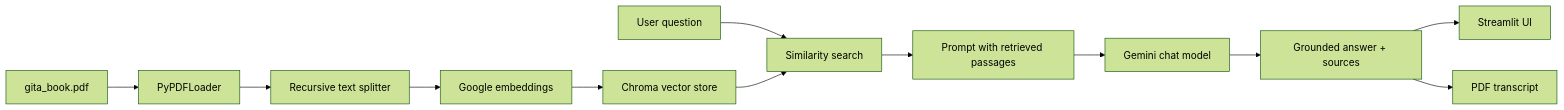
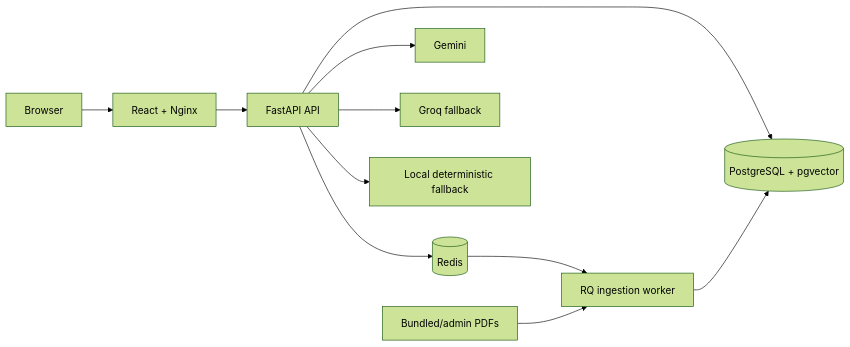
One commit to Anishhar03/gitagpt changed the diagram in README.md. Above: the diagram before and after it, drawn with Mermaid (forest theme). The commit also changed other lines of this file and 71 other files, not shown here.

````diff
--- a/README.md
+++ b/README.md
@@ -25,14 +23,13 @@
 ```mermaid
 flowchart LR
-    A["gita_book.pdf"] --> B["PyPDFLoader"]
-    B --> C["Recursive text splitter"]
-    C --> D["Google embeddings"]
-    D --> E["Chroma vector store"]
-    F["User question"] --> G["Similarity search"]
-    E --> G
-    G --> H["Prompt with retrieved passages"]
-    H --> I["Gemini chat model"]
-    I --> J["Grounded answer + sources"]
-    J --> K["Streamlit UI"]
-    J --> L["PDF transcript"]
+    U["Browser"] --> W["React + Nginx"]
+    W --> A["FastAPI API"]
+    A --> P[("PostgreSQL + pgvector")]
+    A --> R[("Redis")]
+    R --> Q["RQ ingestion worker"]
+    Q --> P
+    A --> G["Gemini"]
+    A --> X["Groq fallback"]
+    A --> L["Local deterministic fallback"]
+    D["Bundled/admin PDFs"] --> Q
 ```
````
